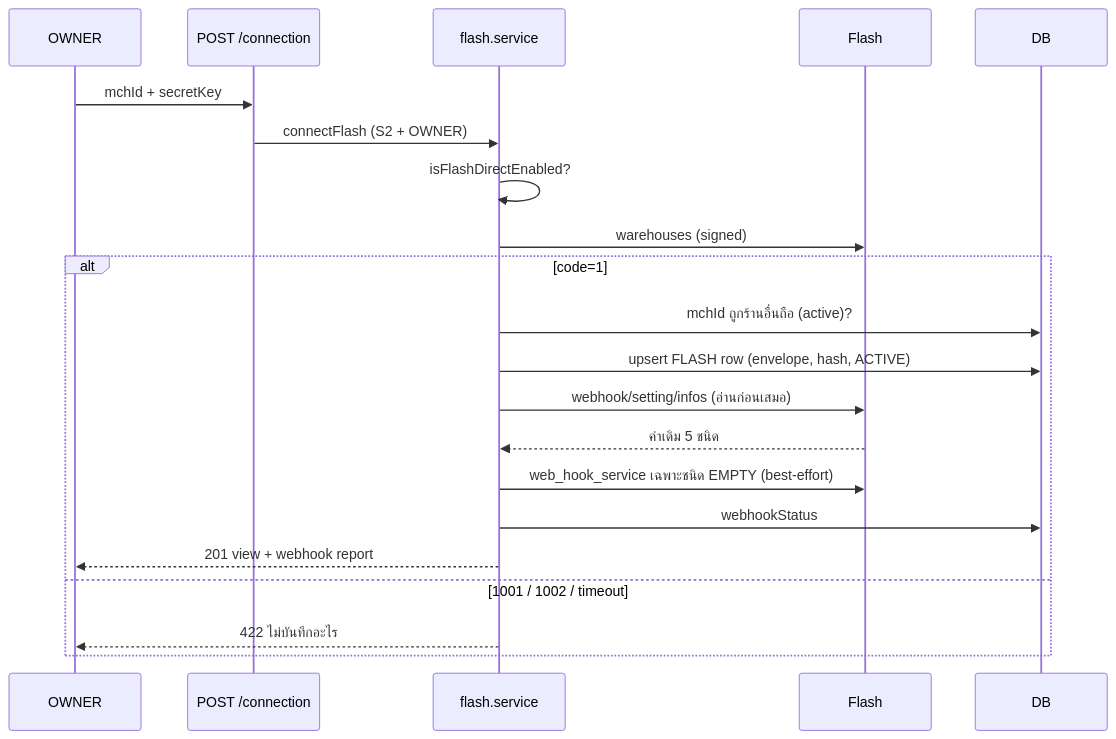
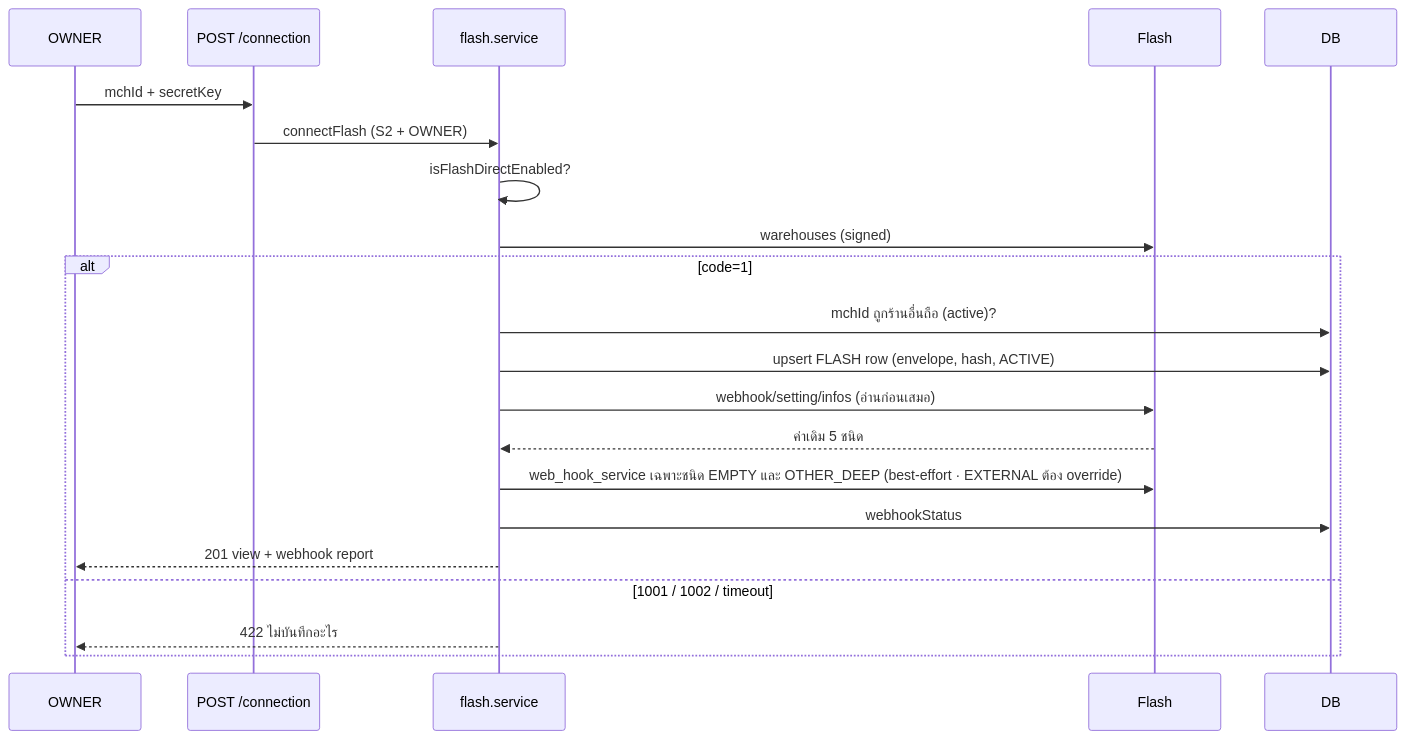
The second of 4 diagrams in docs/20 - Features/00084 - Flash Express Direct Integration/SDS.md (CodeCooLTH/deep-web), drawn with Mermaid before and after one commit. The commit also changed other lines of this file and 5 other files, not shown here.

````diff
--- a/docs/20 - Features/00084 - Flash Express Direct Integration/SDS.md
+++ b/docs/20 - Features/00084 - Flash Express Direct Integration/SDS.md
@@ -138,23 +144,23 @@
 ```mermaid
 sequenceDiagram
     participant U as OWNER
     participant R as POST /connection
     participant S as flash.service
     participant F as Flash
     participant D as DB
     U->>R: mchId + secretKey
     R->>S: connectFlash (S2 + OWNER)
     S->>S: isFlashDirectEnabled?
     S->>F: warehouses (signed)
     alt code=1
         S->>D: mchId ถูกร้านอื่นถือ (active)?
         S->>D: upsert FLASH row (envelope, hash, ACTIVE)
         S->>F: webhook/setting/infos (อ่านก่อนเสมอ)
         F-->>S: ค่าเดิม 5 ชนิด
-        S->>F: web_hook_service เฉพาะชนิด EMPTY (best-effort)
+        S->>F: web_hook_service เฉพาะชนิด EMPTY และ OTHER_DEEP (best-effort · EXTERNAL ต้อง override)
         S->>D: webhookStatus
         S-->>U: 201 view + webhook report
     else 1001 / 1002 / timeout
         S-->>U: 422 ไม่บันทึกอะไร
     end
 ```
````
